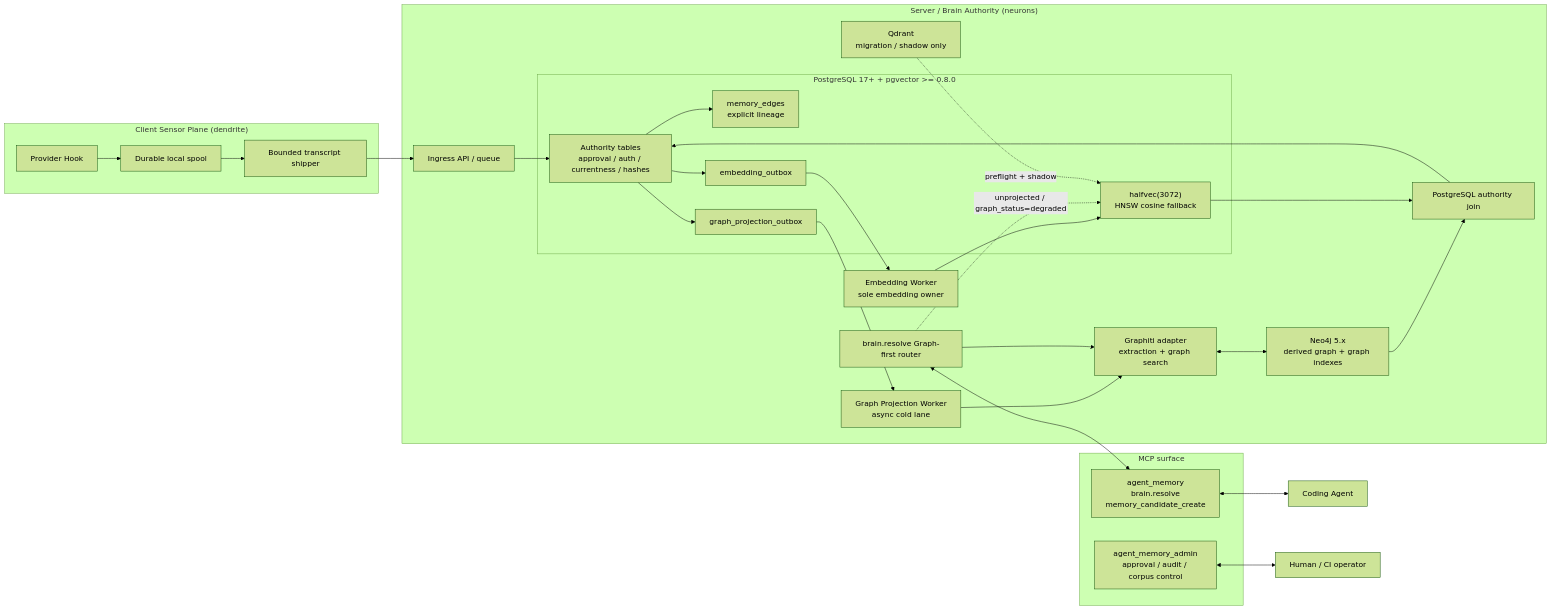
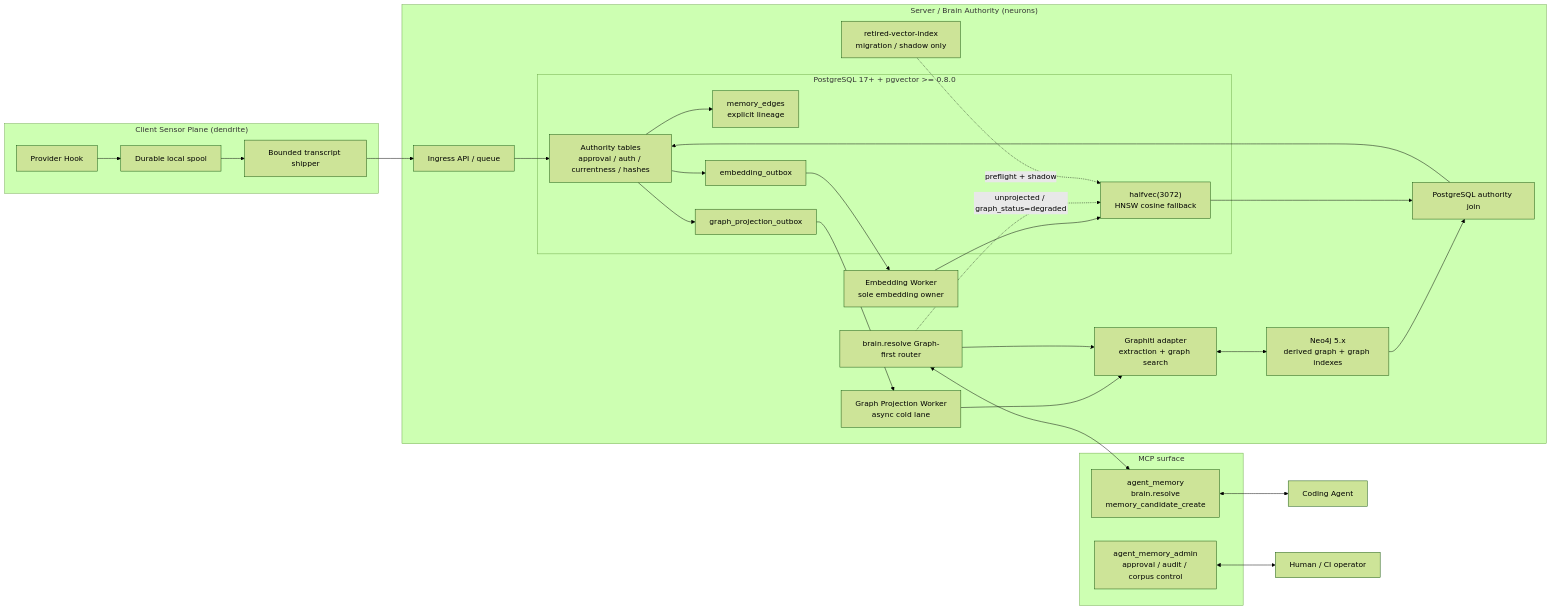
Before and after one commit to pureliture/neurons: the first of 2 diagrams in specs/lbrain-architecture-rationalization/design.md, drawn with Mermaid (forest theme). The commit also changed other lines of this file and 229 other files, not shown here.

Commit message:
feat: remove vector index runtime and integrations

````diff
--- a/specs/lbrain-architecture-rationalization/design.md
+++ b/specs/lbrain-architecture-rationalization/design.md
@@ -31,52 +31,52 @@
 ```mermaid
 flowchart LR
     subgraph ClientPlane ["Client Sensor Plane (dendrite)"]
         Hook["Provider Hook"]
         Spool["Durable local spool"]
         Drain["Bounded transcript shipper"]
         Hook --> Spool --> Drain
     end
 
     subgraph BrainPlane ["Server / Brain Authority (neurons)"]
         Ingress["Ingress API / queue"]
         Router["brain.resolve Graph-first router"]
 
         subgraph PG ["PostgreSQL 17+ + pgvector >= 0.8.0"]
             Authority["Authority tables<br/>approval / auth / currentness / hashes"]
             Edges["memory_edges<br/>explicit lineage"]
             PGVector["halfvec(3072)<br/>HNSW cosine fallback"]
             EmbeddingOutbox["embedding_outbox"]
             GraphOutbox["graph_projection_outbox"]
             Authority --> Edges
         end
 
         EmbedWorker["Embedding Worker<br/>sole embedding owner"]
         GraphWorker["Graph Projection Worker<br/>async cold lane"]
         Graphiti["Graphiti adapter<br/>extraction + graph search"]
         Neo4j["Neo4j 5.x<br/>derived graph + graph indexes"]
         Join["PostgreSQL authority join"]
-        Qdrant["Qdrant<br/>migration / shadow only"]
+        retired-vector-index["retired-vector-index<br/>migration / shadow only"]
 
         Ingress --> Authority
         Authority --> EmbeddingOutbox --> EmbedWorker --> PGVector
         Authority --> GraphOutbox --> GraphWorker --> Graphiti
         Graphiti <--> Neo4j
 
         Router --> Graphiti
         Neo4j --> Join
         Join --> Authority
         Router -. "unprojected / graph_status=degraded" .-> PGVector
         PGVector --> Join
-        Qdrant -. "preflight + shadow" .-> PGVector
+        retired-vector-index -. "preflight + shadow" .-> PGVector
     end
 
     subgraph MCP ["MCP surface"]
         Agent["agent_memory<br/>brain.resolve<br/>memory_candidate_create"]
         Admin["agent_memory_admin<br/>approval / audit / corpus control"]
     end
 
     Drain --> Ingress
     Router <--> Agent
     Agent <--> CodingAgent["Coding Agent"]
     Admin <--> Operator["Human / CI operator"]
 ```
````
